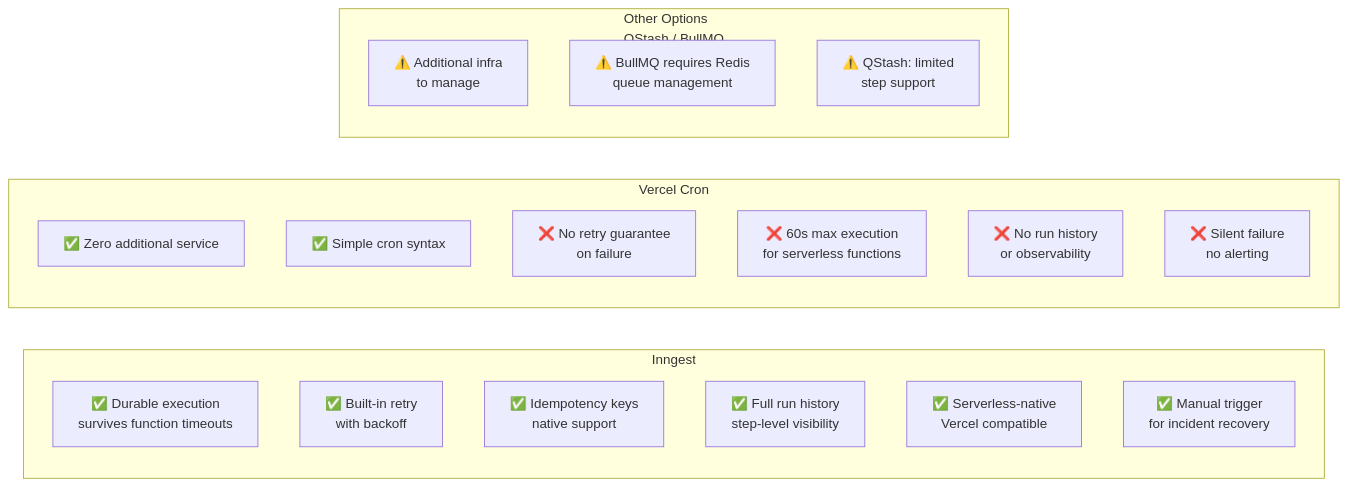
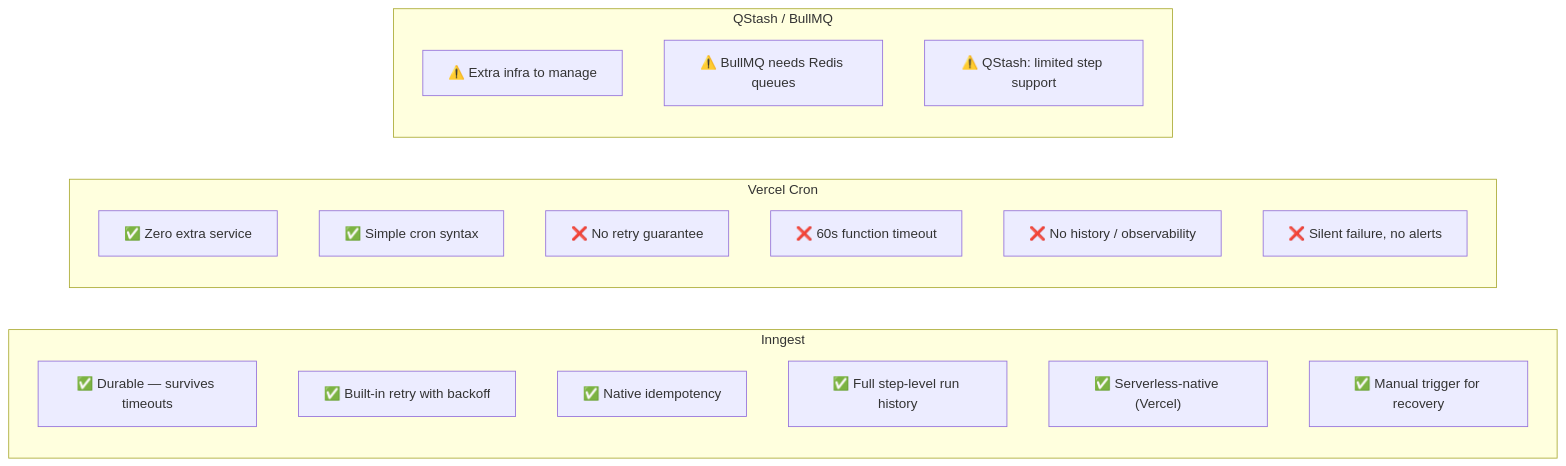
One commit to KSDRILL-SA/Xkimi-Xa-Mali changed the diagram in docs/adr/002-inngest-job-engine.md. Above: the diagram before and after it, drawn with Mermaid. The commit also changed other lines of this file and 10 other files, not shown here.

````diff
--- a/docs/adr/002-inngest-job-engine.md
+++ b/docs/adr/002-inngest-job-engine.md
@@ -32,26 +32,24 @@
 ```mermaid
 flowchart LR
     subgraph INNGEST["Inngest"]
-        I1["✅ Durable execution\nsurvives function timeouts"]
-        I2["✅ Built-in retry\nwith backoff"]
-        I3["✅ Idempotency keys\nnative support"]
-        I4["✅ Full run history\nstep-level visibility"]
-        I5["✅ Serverless-native\nVercel compatible"]
-        I6["✅ Manual trigger\nfor incident recovery"]
+        I1["✅ Durable — survives timeouts"]
+        I2["✅ Built-in retry with backoff"]
+        I3["✅ Native idempotency"]
+        I4["✅ Full step-level run history"]
+        I5["✅ Serverless-native (Vercel)"]
+        I6["✅ Manual trigger for recovery"]
     end
-
     subgraph VERCEL_CRON["Vercel Cron"]
-        VC1["✅ Zero additional service"]
+        VC1["✅ Zero extra service"]
         VC2["✅ Simple cron syntax"]
-        VC3["❌ No retry guarantee\non failure"]
-        VC4["❌ 60s max execution\nfor serverless functions"]
-        VC5["❌ No run history\nor observability"]
-        VC6["❌ Silent failure\nno alerting"]
+        VC3["❌ No retry guarantee"]
+        VC4["❌ 60s function timeout"]
+        VC5["❌ No history / observability"]
+        VC6["❌ Silent failure, no alerts"]
     end
-
-    subgraph BG_JOBS["Other Options\nQStash / BullMQ"]
-        BJ1["⚠️ Additional infra\nto manage"]
-        BJ2["⚠️ BullMQ requires Redis\nqueue management"]
-        BJ3["⚠️ QStash: limited\nstep support"]
+    subgraph BG_JOBS["QStash / BullMQ"]
+        BJ1["⚠️ Extra infra to manage"]
+        BJ2["⚠️ BullMQ needs Redis queues"]
+        BJ3["⚠️ QStash: limited step support"]
     end
 ```
````
